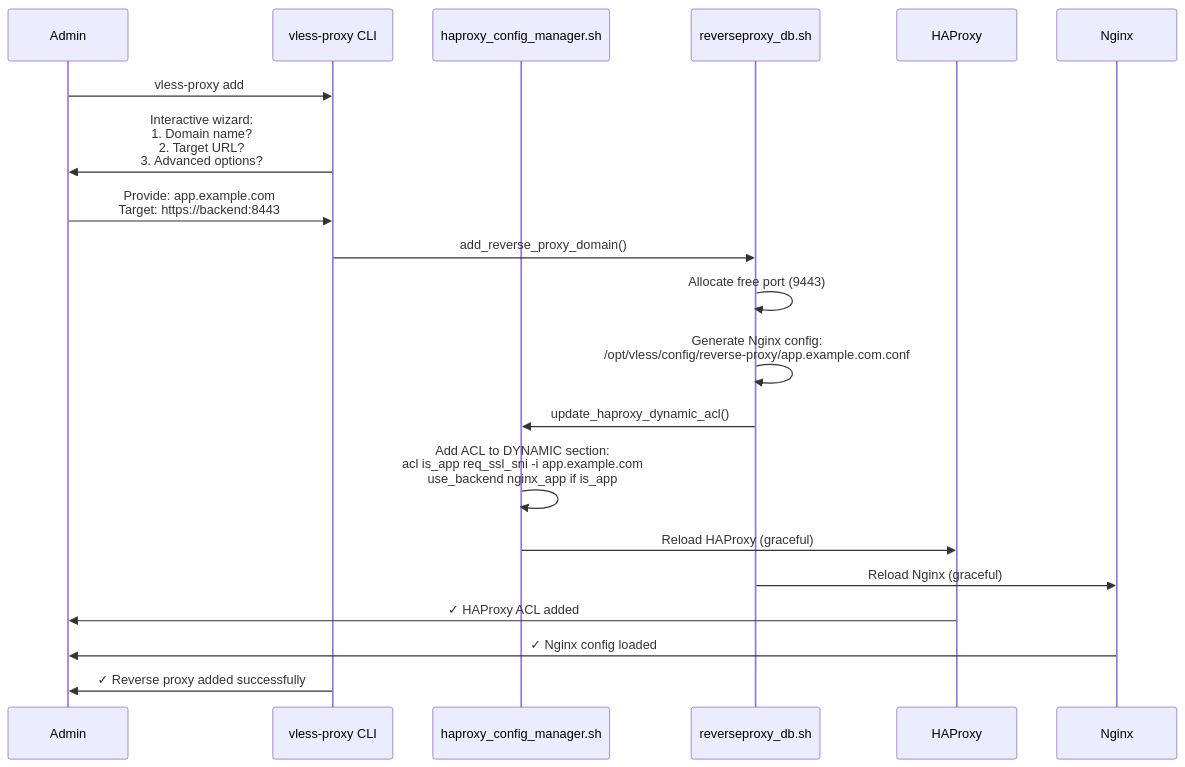
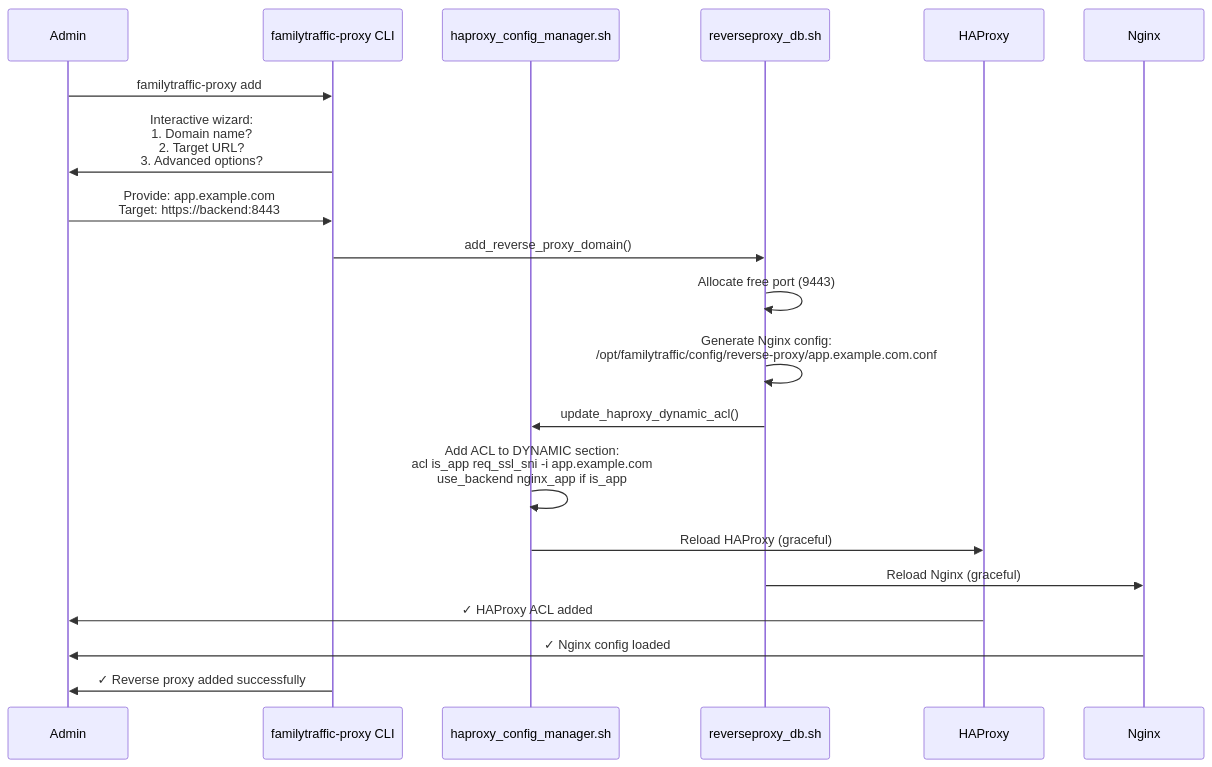
Before and after one commit to ikeniborn/vless: the seventh of 7 diagrams in docs/architecture/diagrams/data-flows/reverse-proxy-flow.md, drawn with Mermaid. The commit also changed other lines of this file and 66 other files, not shown here.

First line of the commit message:
refactor(rename): replace old project name 'vless' with 'familytraffic'

````diff
--- a/docs/architecture/diagrams/data-flows/reverse-proxy-flow.md
+++ b/docs/architecture/diagrams/data-flows/reverse-proxy-flow.md
@@ -296,28 +296,28 @@
 ```mermaid
 sequenceDiagram
     participant Admin
-    participant CLI as vless-proxy CLI
+    participant CLI as familytraffic-proxy CLI
     participant HAProxyMgr as haproxy_config_manager.sh
     participant NginxMgr as reverseproxy_db.sh
     participant HAProxy
     participant Nginx
 
-    Admin->>CLI: vless-proxy add
+    Admin->>CLI: familytraffic-proxy add
     CLI->>Admin: Interactive wizard:<br/>1. Domain name?<br/>2. Target URL?<br/>3. Advanced options?
 
     Admin->>CLI: Provide: app.example.com<br/>Target: https://backend:8443
 
     CLI->>NginxMgr: add_reverse_proxy_domain()
     NginxMgr->>NginxMgr: Allocate free port (9443)
-    NginxMgr->>NginxMgr: Generate Nginx config:<br/>/opt/vless/config/reverse-proxy/app.example.com.conf
+    NginxMgr->>NginxMgr: Generate Nginx config:<br/>/opt/familytraffic/config/reverse-proxy/app.example.com.conf
 
     NginxMgr->>HAProxyMgr: update_haproxy_dynamic_acl()
     HAProxyMgr->>HAProxyMgr: Add ACL to DYNAMIC section:<br/>acl is_app req_ssl_sni -i app.example.com<br/>use_backend nginx_app if is_app
 
     HAProxyMgr->>HAProxy: Reload HAProxy (graceful)
     NginxMgr->>Nginx: Reload Nginx (graceful)
 
     HAProxy->>Admin: ✓ HAProxy ACL added
     Nginx->>Admin: ✓ Nginx config loaded
     CLI->>Admin: ✓ Reverse proxy added successfully
 ```
````
